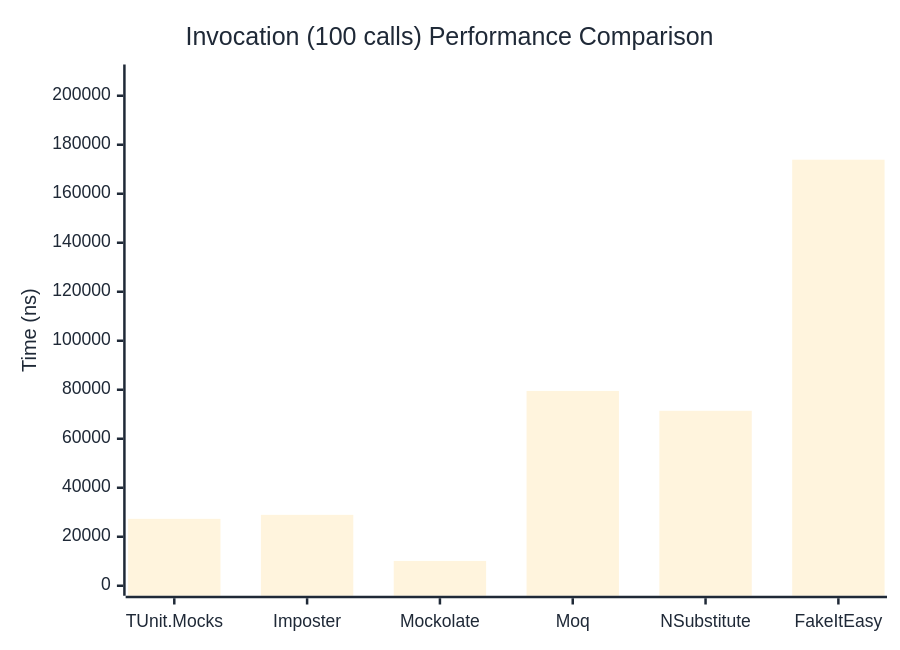
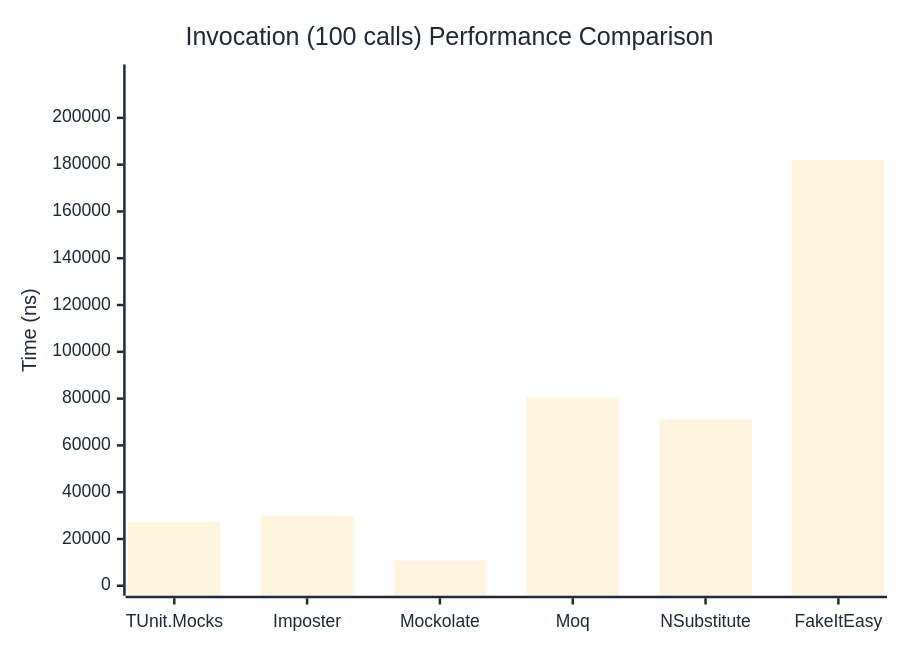
One commit to thomhurst/TUnit changed the third of 3 diagrams in docs/docs/benchmarks/mocks/Invocation.md. Above: the diagram before and after it, drawn with Mermaid. The commit also changed other lines of this file and 14 other files, not shown here.

````diff
--- a/docs/docs/benchmarks/mocks/Invocation.md
+++ b/docs/docs/benchmarks/mocks/Invocation.md
@@ -112,27 +112,27 @@
 ```mermaid
 %%{init: {
   'theme':'base',
   'themeVariables': {
     'primaryColor': '#2563eb',
     'primaryTextColor': '#1f2937',
     'primaryBorderColor': '#1e40af',
     'lineColor': '#6b7280',
     'secondaryColor': '#7c3aed',
     'tertiaryColor': '#dc2626',
     'background': '#ffffff',
     'pie1': '#2563eb',
     'pie2': '#7c3aed',
     'pie3': '#dc2626',
     'pie4': '#f59e0b',
     'pie5': '#10b981',
     'pie6': '#06b6d4',
     'pie7': '#ec4899',
     'pie8': '#6366f1'
   }
 }}%%
 xychart-beta
   title "Invocation (100 calls) Performance Comparison"
   x-axis ["TUnit.Mocks", "Imposter", "Mockolate", "Moq", "NSubstitute", "FakeItEasy"]
-  y-axis "Time (ns)" 0 --> 208662
-  bar [27305.3, 28938.2, 10132, 79508, 71413.4, 173884.7]
+  y-axis "Time (ns)" 0 --> 218537
+  bar [27171.32, 29764.99, 10722.31, 80465.61, 71093.26, 182113.88]
 ```
````
